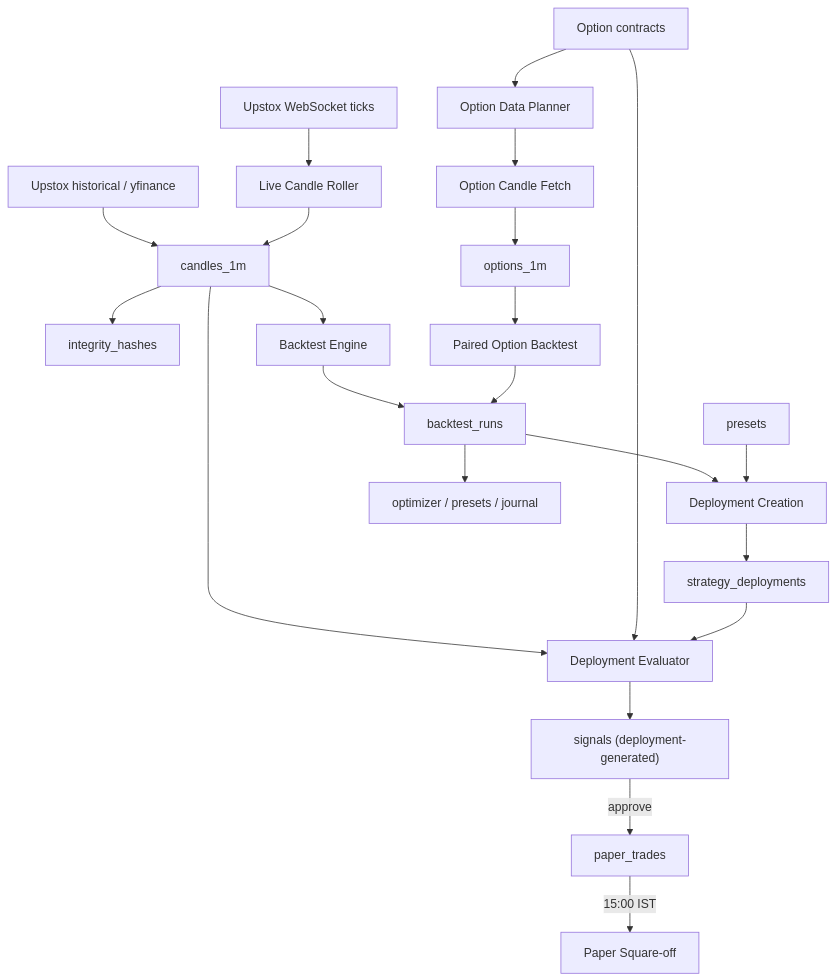
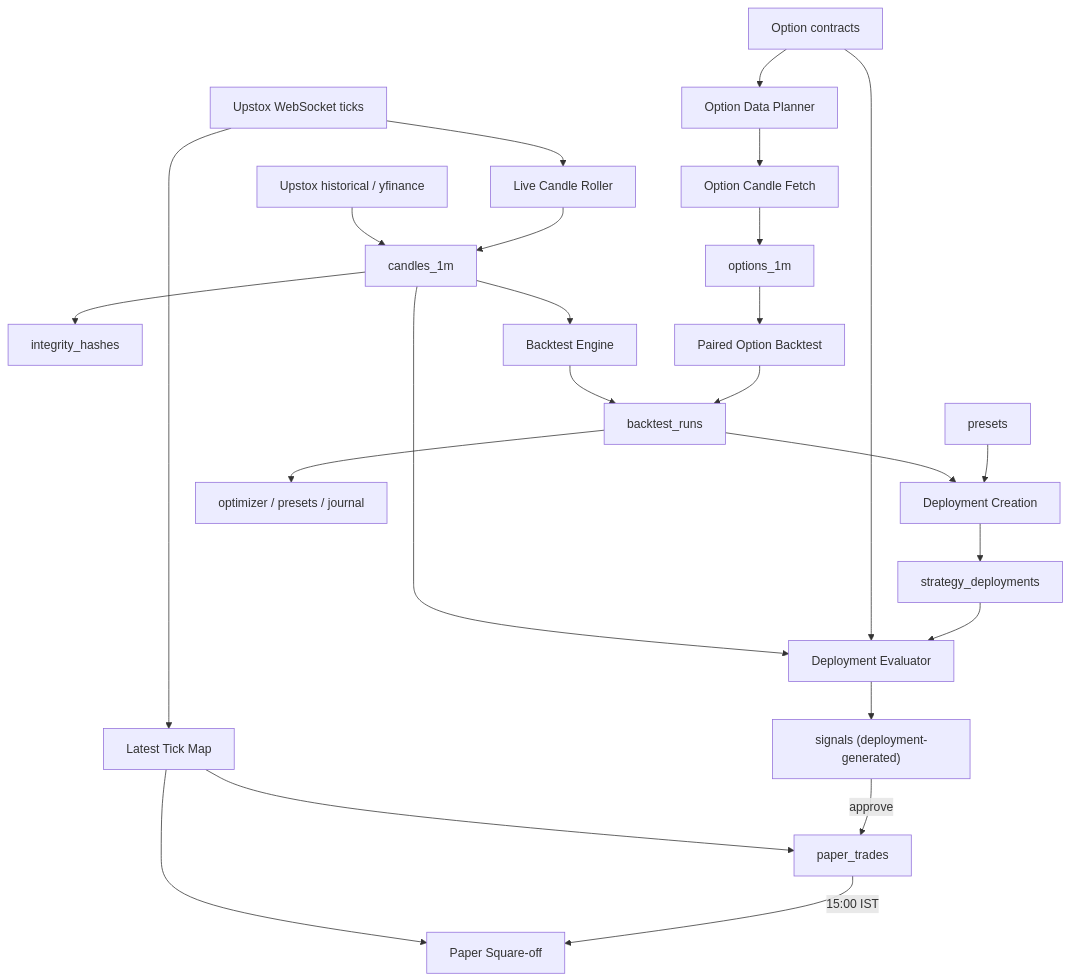
The second of 2 diagrams in docs/ARCHITECTURE.md (hrninfomeet-wq/Emergent-AlphaForge), drawn with Mermaid before and after one commit. The commit also changed other lines of this file and 7 other files, not shown here.

````diff
--- a/docs/ARCHITECTURE.md
+++ b/docs/ARCHITECTURE.md
@@ -39,24 +41,27 @@
 ```mermaid
 flowchart TD
   HIST["Upstox historical / yfinance"] --> C["candles_1m"]
   TICKS["Upstox WebSocket ticks"] --> ROL["Live Candle Roller"]
+  TICKS --> LT["Latest Tick Map"]
+  LT --> PT
+  LT --> SQ
   ROL --> C
   C --> H["integrity_hashes"]
   C --> EV["Deployment Evaluator"]
   OC["Option contracts"] --> EV
   EV --> SIG["signals (deployment-generated)"]
   SIG -->|approve| PT["paper_trades"]
   PT -->|"15:00 IST"| SQ["Paper Square-off"]
   C --> BT["Backtest Engine"]
   OC --> OCP["Option Data Planner"]
   OCP --> OF["Option Candle Fetch"]
   OF --> O1["options_1m"]
   O1 --> OPT["Paired Option Backtest"]
   BT --> BR["backtest_runs"]
   OPT --> BR
   BR --> SDC["Deployment Creation"]
   PRESET["presets"] --> SDC
   SDC --> SD["strategy_deployments"]
   SD --> EV
   BR --> OPTM["optimizer / presets / journal"]
 ```
````
